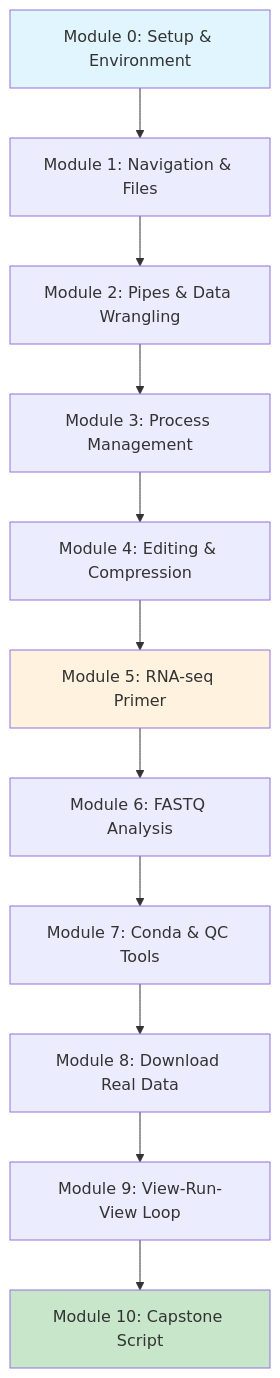
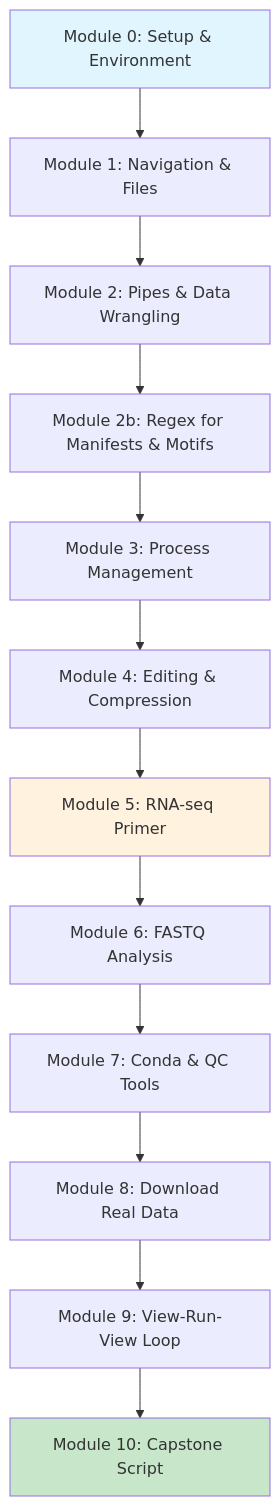
Before and after one commit to SJRussell/BioinfoCrashCourse: the diagram in docs/index.md, drawn with Mermaid. The commit also changed other lines of this file and 5 other files, not shown here.

Commit message:
Add regex primer module and refresh learning path

````diff
--- a/docs/index.md
+++ b/docs/index.md
@@ -7,17 +7,18 @@
 ```mermaid
 graph TD
     A[Module 0: Setup & Environment] --> B[Module 1: Navigation & Files]
     B --> C[Module 2: Pipes & Data Wrangling]
-    C --> D[Module 3: Process Management]
+    C --> C2[Module 2b: Regex for Manifests & Motifs]
+    C2 --> D[Module 3: Process Management]
     D --> E[Module 4: Editing & Compression]
     E --> F[Module 5: RNA-seq Primer]
     F --> G[Module 6: FASTQ Analysis]
     G --> H[Module 7: Conda & QC Tools]
     H --> I[Module 8: Download Real Data]
     I --> J[Module 9: View-Run-View Loop]
     J --> K[Module 10: Capstone Script]
     
     style A fill:#e1f5fe
     style K fill:#c8e6c9
     style F fill:#fff3e0
 ```
````
